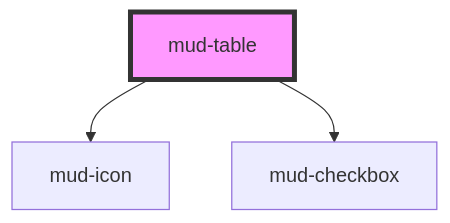
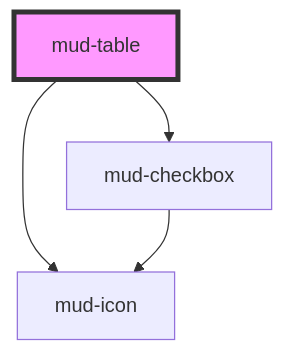
The diagram in src/components/mud-table/readme.md (egov-moldova/design-system), drawn with Mermaid before and after one commit. The commit also changed other lines of this file and 153 other files, not shown here.

````diff
--- a/src/components/mud-table/readme.md
+++ b/src/components/mud-table/readme.md
@@ -69,6 +70,7 @@
 ```mermaid
 graph TD;
   mud-table --> mud-icon
   mud-table --> mud-checkbox
+  mud-checkbox --> mud-icon
   style mud-table fill:#f9f,stroke:#333,stroke-width:4px
 ```
````
